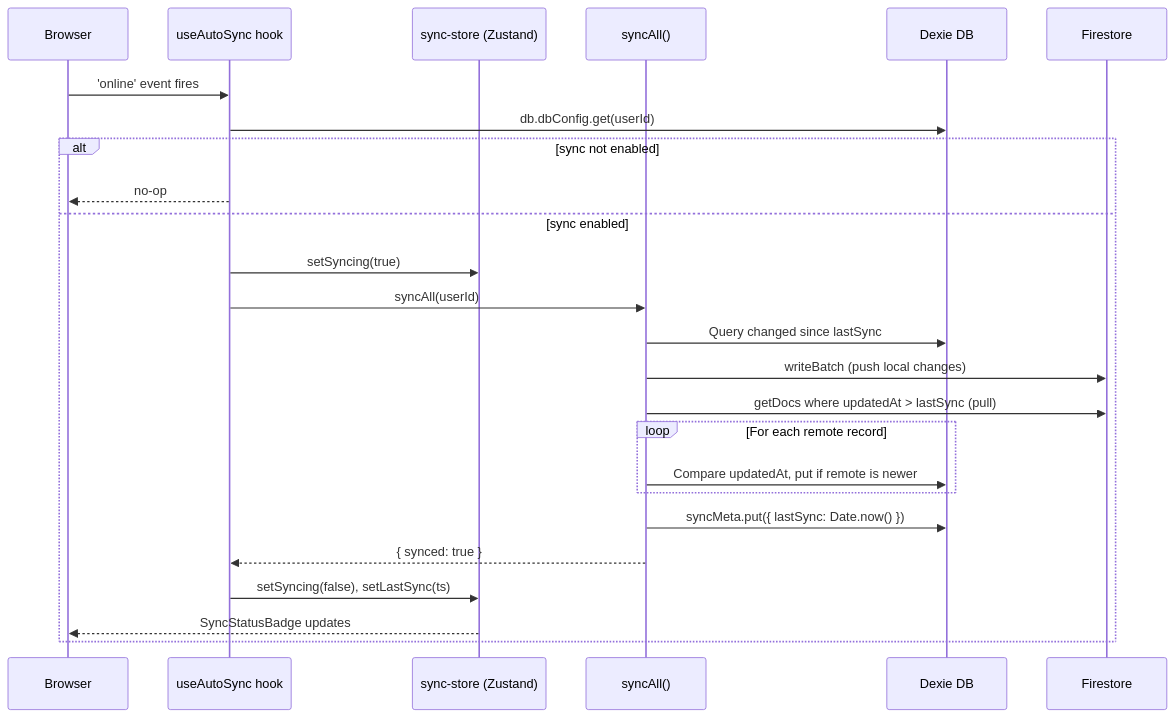
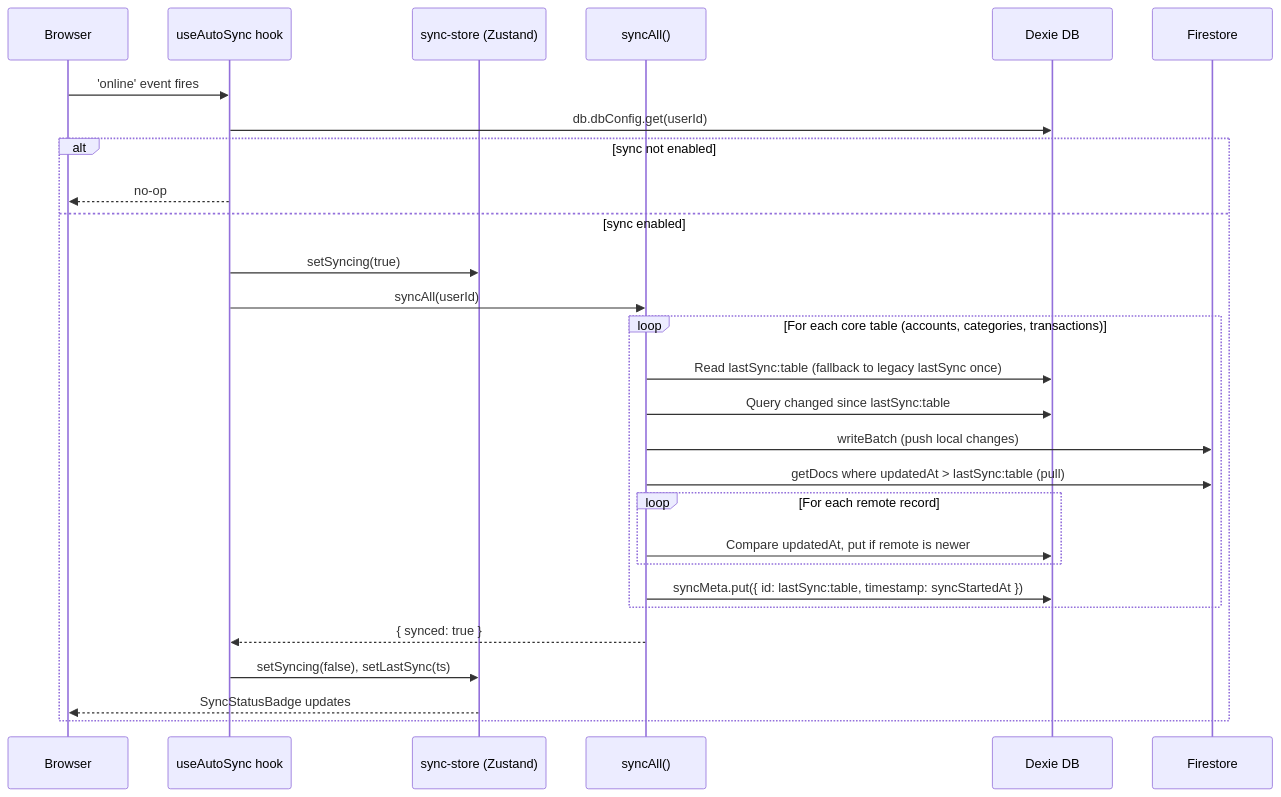
One commit to salmanzahidlatif/mizantrack changed the seventh of 9 diagrams in docs/design.md. Above: the diagram before and after it, drawn with Mermaid. The commit also changed other lines of this file and 10 other files, not shown here.

````diff
--- a/docs/design.md
+++ b/docs/design.md
@@ -627,28 +631,31 @@
 ```mermaid
 sequenceDiagram
   participant Browser
   participant SyncHook as useAutoSync hook
   participant SyncStore as sync-store (Zustand)
   participant SyncLib as syncAll()
   participant Dexie as Dexie DB
   participant Firestore
 
   Browser->>SyncHook: 'online' event fires
   SyncHook->>Dexie: db.dbConfig.get(userId)
   alt sync not enabled
     SyncHook-->>Browser: no-op
   else sync enabled
     SyncHook->>SyncStore: setSyncing(true)
     SyncHook->>SyncLib: syncAll(userId)
-    SyncLib->>Dexie: Query changed since lastSync
-    SyncLib->>Firestore: writeBatch (push local changes)
-    SyncLib->>Firestore: getDocs where updatedAt > lastSync (pull)
-    loop For each remote record
-      SyncLib->>Dexie: Compare updatedAt, put if remote is newer
+    loop For each core table (accounts, categories, transactions)
+      SyncLib->>Dexie: Read lastSync:table (fallback to legacy lastSync once)
+      SyncLib->>Dexie: Query changed since lastSync:table
+      SyncLib->>Firestore: writeBatch (push local changes)
+      SyncLib->>Firestore: getDocs where updatedAt > lastSync:table (pull)
+      loop For each remote record
+        SyncLib->>Dexie: Compare updatedAt, put if remote is newer
+      end
+      SyncLib->>Dexie: syncMeta.put({ id: lastSync:table, timestamp: syncStartedAt })
     end
-    SyncLib->>Dexie: syncMeta.put({ lastSync: Date.now() })
     SyncLib-->>SyncHook: { synced: true }
     SyncHook->>SyncStore: setSyncing(false), setLastSync(ts)
     SyncStore-->>Browser: SyncStatusBadge updates
   end
 ```
````
